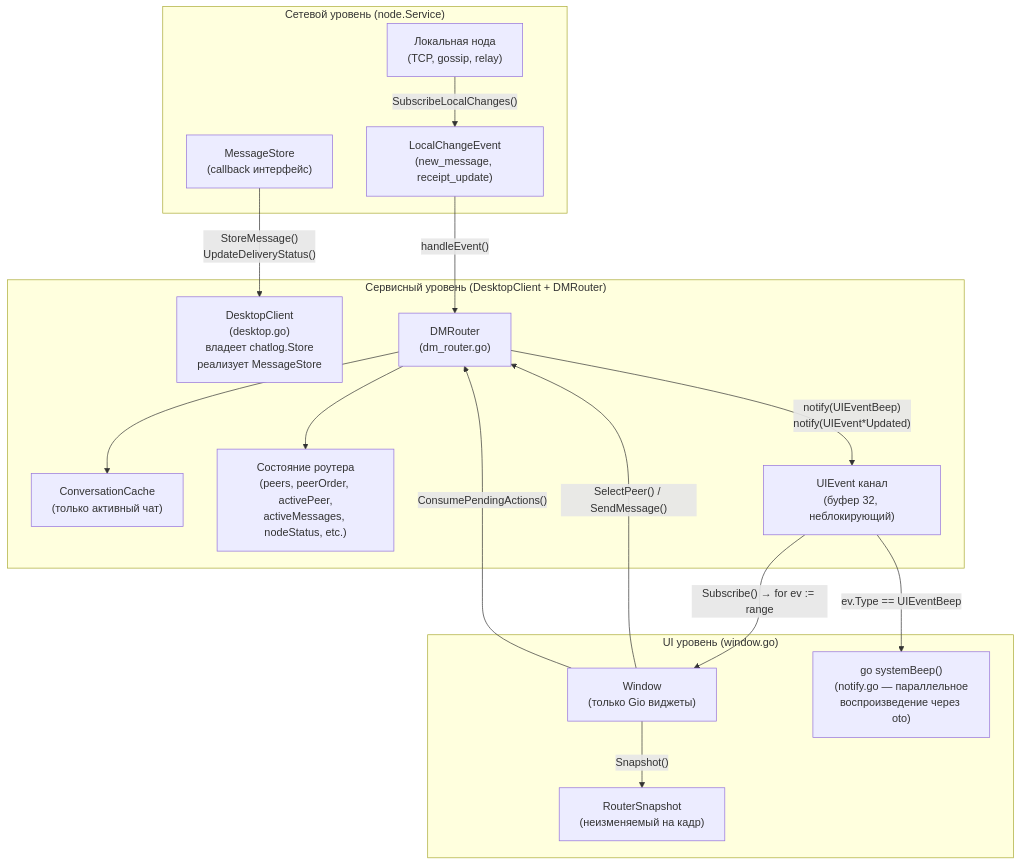
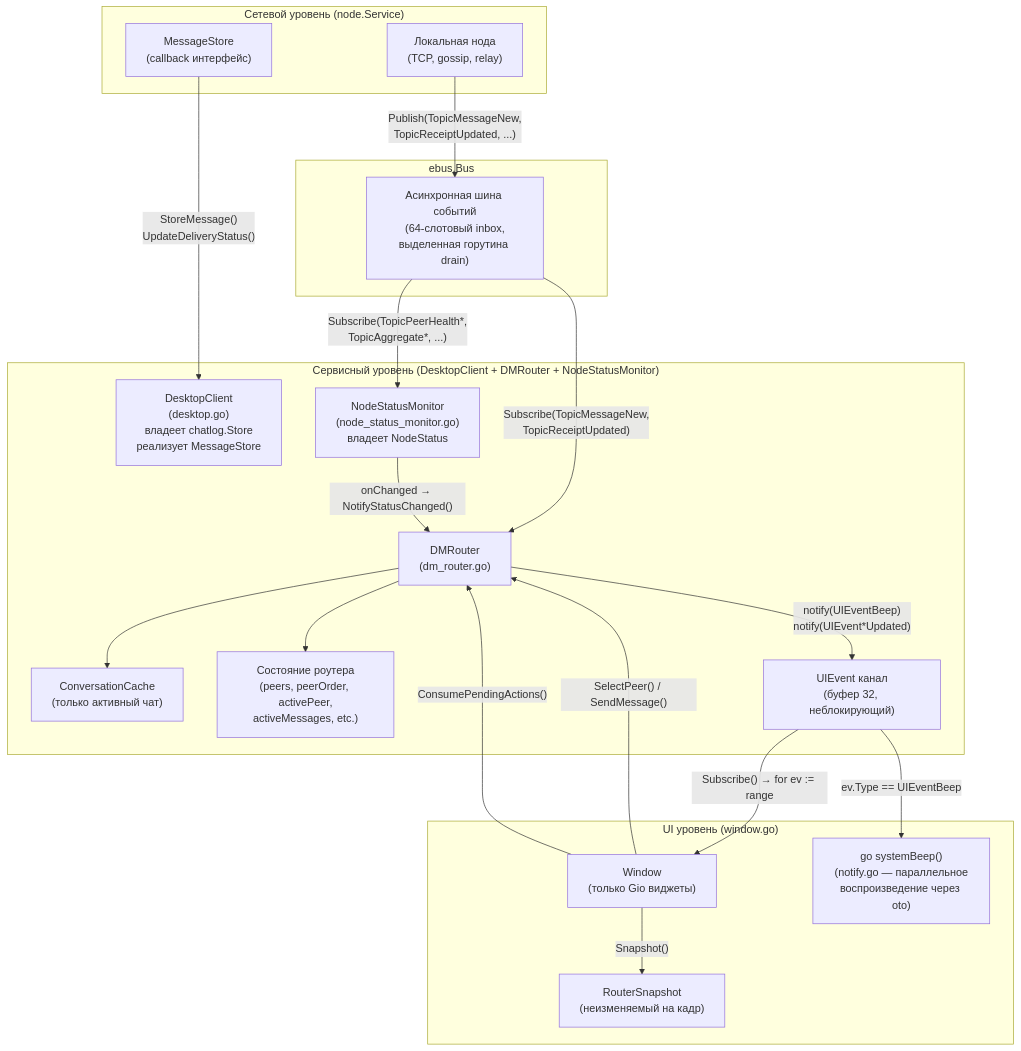
The fourth of 4 diagrams in docs/dm_router.md (piratecash/corsa), drawn with Mermaid before and after one commit. The commit also changed other lines of this file and 75 other files, not shown here.

First line of the commit message:
refactor(ebus): introduce async topic bus and move node state propagation onto ebus

````diff
--- a/docs/dm_router.md
+++ b/docs/dm_router.md
@@ -516,34 +634,40 @@
 ```mermaid
 flowchart TB
     subgraph NET["Сетевой уровень (node.Service)"]
         NODE["Локальная нода\n(TCP, gossip, relay)"]
         MSTORE["MessageStore\n(callback интерфейс)"]
-        EVENTS["LocalChangeEvent\n(new_message, receipt_update)"]
     end
 
-    subgraph SVC["Сервисный уровень (DesktopClient + DMRouter)"]
+    subgraph EBUS["ebus.Bus"]
+        EB["Асинхронная шина событий\n(64-слотовый inbox,\nвыделенная горутина drain)"]
+    end
+
+    subgraph SVC["Сервисный уровень (DesktopClient + DMRouter + NodeStatusMonitor)"]
         DC["DesktopClient\n(desktop.go)\nвладеет chatlog.Store\nреализует MessageStore"]
         DR["DMRouter\n(dm_router.go)"]
+        NSM["NodeStatusMonitor\n(node_status_monitor.go)\nвладеет NodeStatus"]
         CACHE["ConversationCache\n(только активный чат)"]
-        STATE["Состояние роутера\n(peers, peerOrder, activePeer,\nactiveMessages, nodeStatus, etc.)"]
+        STATE["Состояние роутера\n(peers, peerOrder, activePeer,\nactiveMessages, etc.)"]
         UIEVENTS["UIEvent канал\n(буфер 32, неблокирующий)"]
     end
 
     subgraph UI["UI уровень (window.go)"]
         WIN["Window\n(только Gio виджеты)"]
         SNAP["RouterSnapshot\n(неизменяемый на кадр)"]
         BEEP["go systemBeep()\n(notify.go — параллельное\nвоспроизведение через oto)"]
     end
 
-    NODE -->|"SubscribeLocalChanges()"| EVENTS
+    NODE -->|"Publish(TopicMessageNew,\nTopicReceiptUpdated, ...)"| EB
+    EB -->|"Subscribe(TopicMessageNew,\nTopicReceiptUpdated)"| DR
+    EB -->|"Subscribe(TopicPeerHealth*,\nTopicAggregate*, ...)"| NSM
+    NSM -->|"onChanged → NotifyStatusChanged()"| DR
     MSTORE -->|"StoreMessage()\nUpdateDeliveryStatus()"| DC
-    EVENTS -->|"handleEvent()"| DR
     DR --> CACHE
     DR --> STATE
     DR -->|"notify(UIEventBeep)\nnotify(UIEvent*Updated)"| UIEVENTS
     UIEVENTS -->|"Subscribe() → for ev := range"| WIN
     UIEVENTS -->|"ev.Type == UIEventBeep"| BEEP
     WIN -->|"Snapshot()"| SNAP
     WIN -->|"SelectPeer() / SendMessage()"| DR
     WIN -->|"ConsumePendingActions()"| DR
 ```
````
